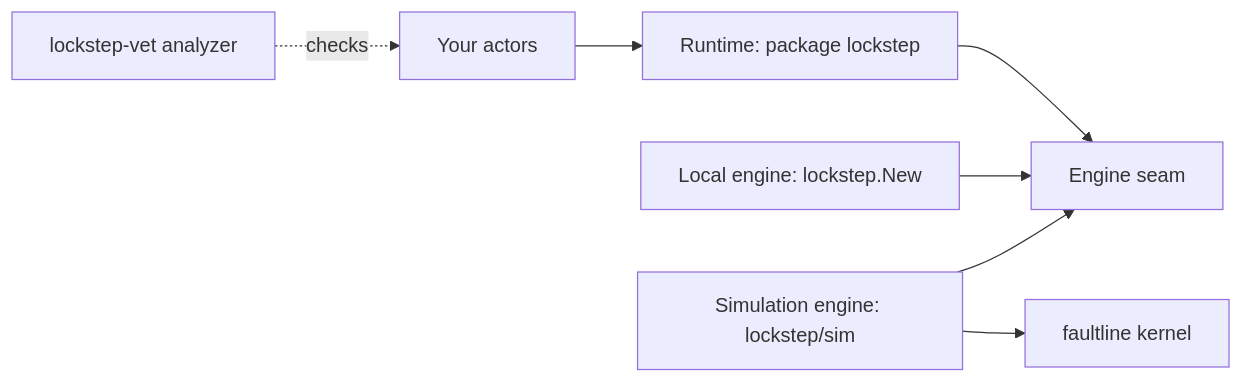
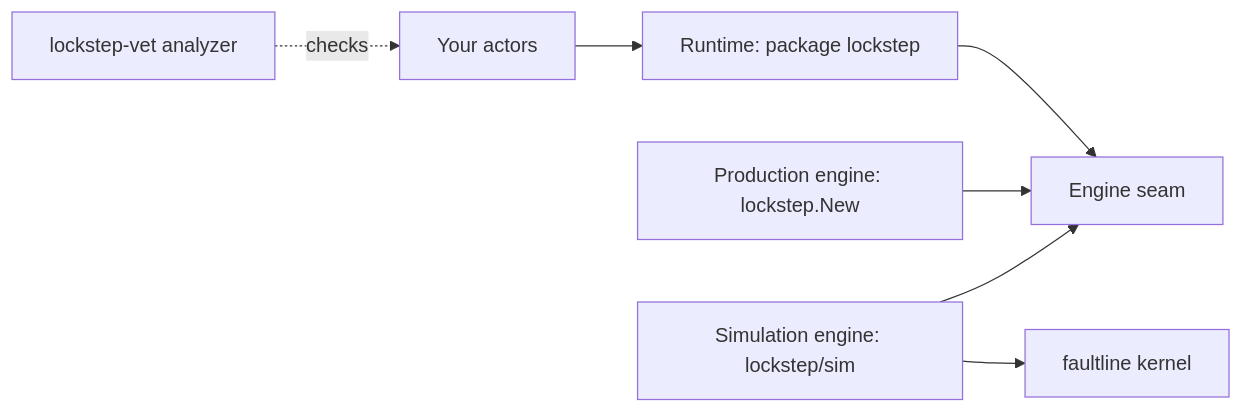
One commit to hmdsefi/lockstep changed the diagram in docs/architecture.md. Above: the diagram before and after it, drawn with Mermaid. The commit also changed other lines of this file and 2 other files, not shown here.

First line of the commit message:
docs: describe the production engine (#341)

````diff
--- a/docs/architecture.md
+++ b/docs/architecture.md
@@ -15,18 +16,18 @@
 ```mermaid
 flowchart LR
     accTitle: lockstep's parts and how they depend on each other
-    accDescr: Your actors use the lockstep runtime. The runtime runs on the engine seam, which two engines implement: the local engine used by lockstep.New and the simulation engine in lockstep/sim. The simulation engine runs on faultline. lockstep-vet checks your actor code.
+    accDescr: Your actors use the lockstep runtime. The runtime runs on the engine seam, which two engines implement for your code: the production engine used by lockstep.New and the simulation engine in lockstep/sim. The simulation engine runs on faultline. lockstep-vet checks your actor code.
     actors["Your actors"]
     runtime["Runtime: package lockstep"]
     seam["Engine seam"]
-    local["Local engine: lockstep.New"]
+    production["Production engine: lockstep.New"]
     simengine["Simulation engine: lockstep/sim"]
     faultline["faultline kernel"]
     vet["lockstep-vet analyzer"]
     actors --> runtime
     runtime --> seam
-    local --> seam
+    production --> seam
     simengine --> seam
     simengine --> faultline
     vet -. checks .-> actors
 ```
````
